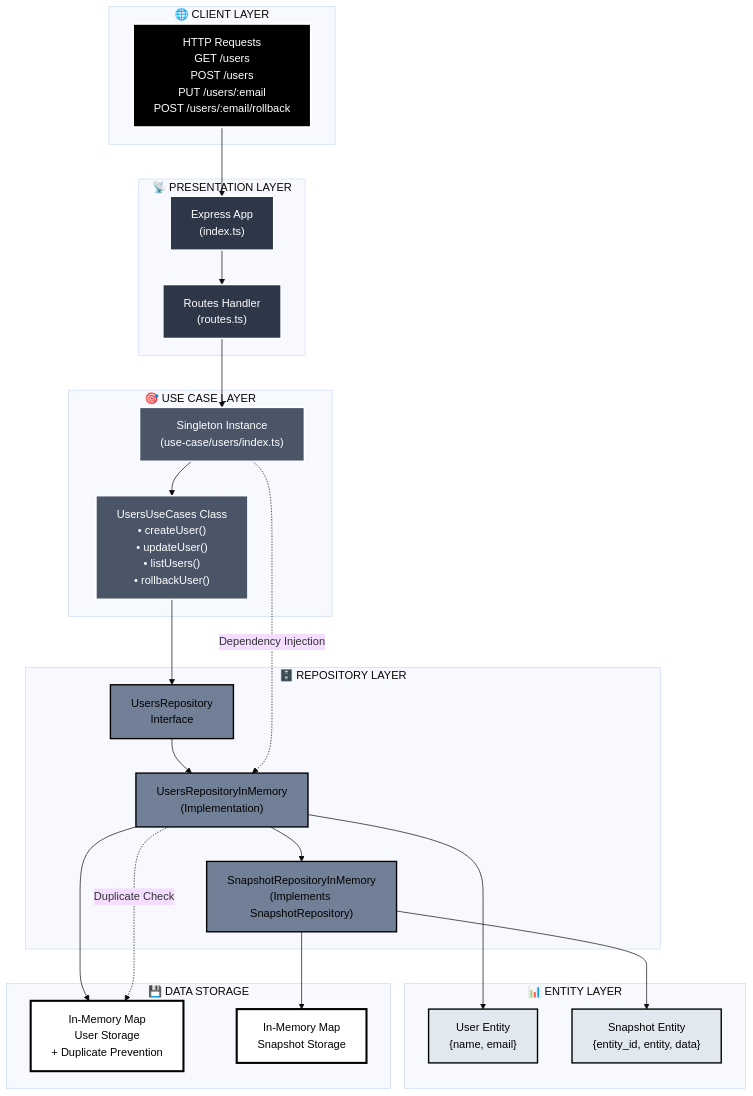
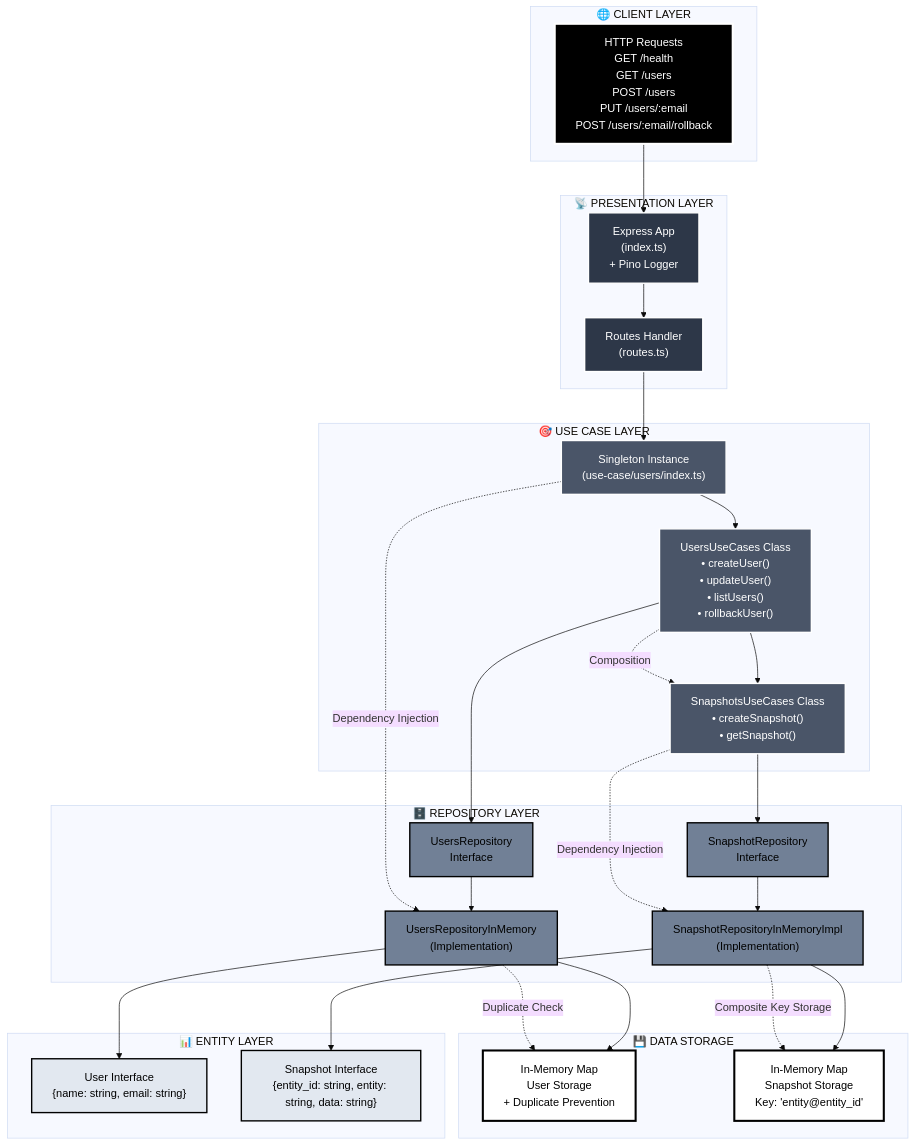
One commit to josemoraes/rollback-strategy-study-case changed the diagram in README.md. Above: the diagram before and after it, drawn with Mermaid (base theme).

Commit message:
feat: updated architecture diagram

````diff
--- a/README.md
+++ b/README.md
@@ -32,18 +32,19 @@
 graph TB
     %% Client Layer
     subgraph CLIENT ["🌐 CLIENT LAYER"]
-        HTTP["HTTP Requests<br/>GET /users<br/>POST /users<br/>PUT /users/:email<br/>POST /users/:email/rollback"]
+        HTTP["HTTP Requests<br/>GET /health<br/>GET /users<br/>POST /users<br/>PUT /users/:email<br/>POST /users/:email/rollback"]
     end
 
     %% Presentation Layer
     subgraph PRESENTATION ["📡 PRESENTATION LAYER"]
-        APP["Express App<br/>(index.ts)"]
+        APP["Express App<br/>(index.ts)<br/>+ Pino Logger"]
         ROUTES["Routes Handler<br/>(routes.ts)"]
     end
 
     %% Use Case Layer (Refactored)
     subgraph USECASE ["🎯 USE CASE LAYER"]
         USERSUSECASES["UsersUseCases Class<br/>• createUser()<br/>• updateUser()<br/>• listUsers()<br/>• rollbackUser()"]
+        SNAPSUSECASES["SnapshotsUseCases Class<br/>• createSnapshot()<br/>• getSnapshot()"]
         USECASEINSTANCE["Singleton Instance<br/>(use-case/users/index.ts)"]
     end
 
@@ -51,19 +52,20 @@
     subgraph REPOSITORY ["🗄️ REPOSITORY LAYER"]
         USERREPOINTF["UsersRepository<br/>Interface"]
         USERREPO["UsersRepositoryInMemory<br/>(Implementation)"]
-        SNAPREPO["SnapshotRepositoryInMemory<br/>(Implements SnapshotRepository)"]
+        SNAPREPOINTF["SnapshotRepository<br/>Interface"]
+        SNAPREPO["SnapshotRepositoryInMemoryImpl<br/>(Implementation)"]
     end
 
     %% Entity Layer
     subgraph ENTITY ["📊 ENTITY LAYER"]
-        USER["User Entity<br/>{name, email}"]
-        SNAPSHOT["Snapshot Entity<br/>{entity_id, entity, data}"]
+        USER["User Interface<br/>{name: string, email: string}"]
+        SNAPSHOT["Snapshot Interface<br/>{entity_id: string, entity: string, data: string}"]
     end
 
     %% Data Storage
     subgraph STORAGE ["💾 DATA STORAGE"]
-        USERMAP["In-Memory Map<br/>User Storage<br/>+ Duplicate Prevention"]
-        SNAPMAP["In-Memory Map<br/>Snapshot Storage"]
+        USERMAP["In-Memory Map<string, User><br/>User Storage<br/>+ Duplicate Prevention"]
+        SNAPMAP["In-Memory Map<string, Snapshot><br/>Snapshot Storage<br/>Key: 'entity@entity_id'"]
     end
 
     %% Communication Flow
@@ -75,8 +77,11 @@
     
     USERSUSECASES --> USERREPOINTF
     USERREPOINTF --> USERREPO
+    
+    USERSUSECASES --> SNAPSUSECASES
+    SNAPSUSECASES --> SNAPREPOINTF
+    SNAPREPOINTF --> SNAPREPO
 
-    USERREPO --> SNAPREPO
     USERREPO --> USER
     SNAPREPO --> SNAPSHOT
 
@@ -85,9 +90,12 @@
 
     %% Dependency Injection
     USECASEINSTANCE -.->|"Dependency Injection"| USERREPO
+    USERSUSECASES -.->|"Composition"| SNAPSUSECASES
+    SNAPSUSECASES -.->|"Dependency Injection"| SNAPREPO
 
     %% Enhanced Features
     USERREPO -.->|"Duplicate Check"| USERMAP
+    SNAPREPO -.->|"Composite Key Storage"| SNAPMAP
 
     %% Styling for high contrast
     classDef clientStyle fill:#000000,stroke:#ffffff,stroke-width:3px,color:#ffffff
@@ -99,8 +107,8 @@
 
     class HTTP clientStyle
     class APP,ROUTES presentationStyle
-    class USERSUSECASES,USECASEINSTANCE usecaseStyle
-    class USERREPOINTF,USERREPO,SNAPREPO repositoryStyle
+    class USERSUSECASES,SNAPSUSECASES,USECASEINSTANCE usecaseStyle
+    class USERREPOINTF,USERREPO,SNAPREPOINTF,SNAPREPO repositoryStyle
     class USER,SNAPSHOT entityStyle
     class USERMAP,SNAPMAP storageStyle
 ```
````
